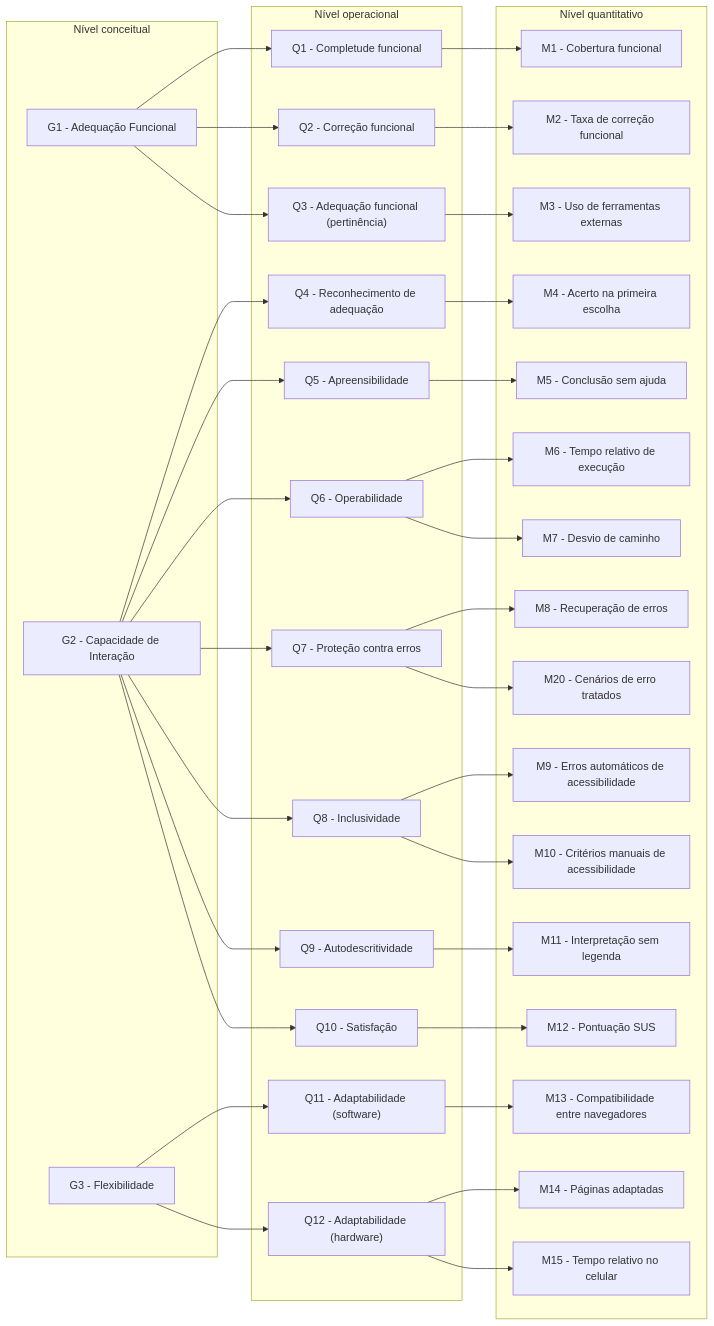
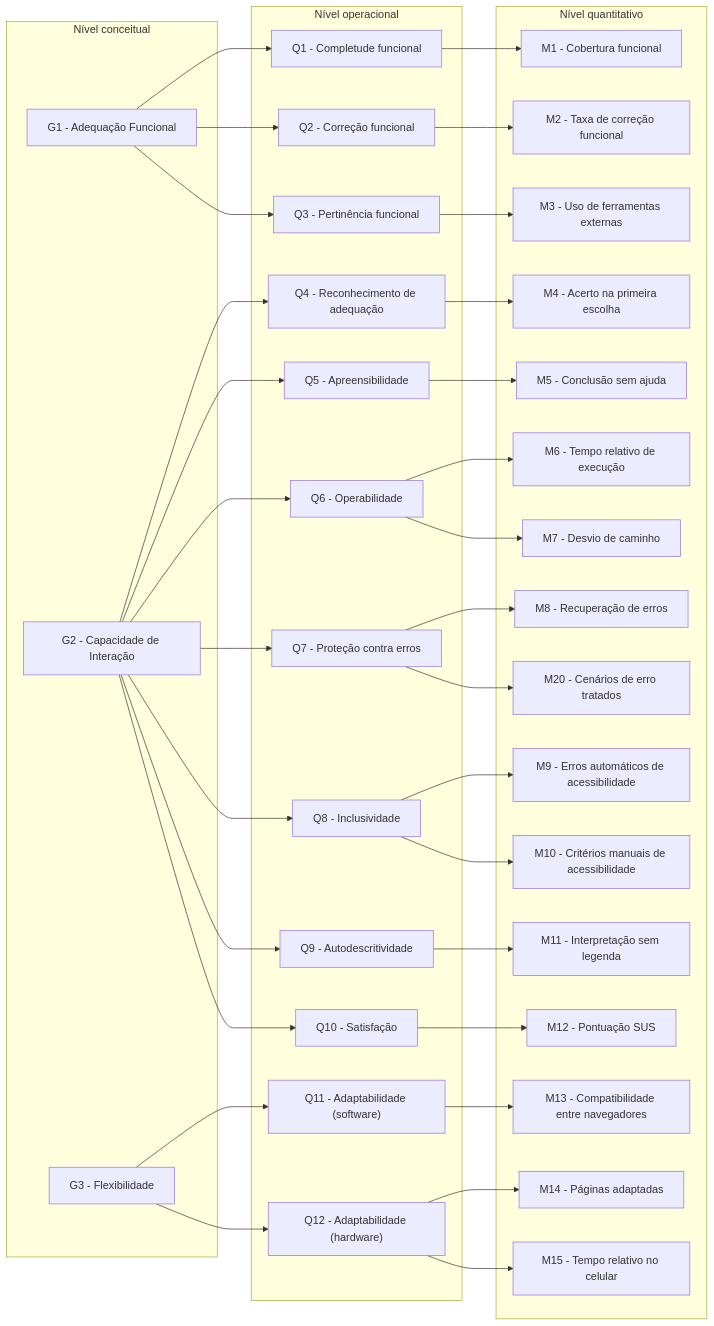
One commit to FCTE-Qualidade-de-Software-1/2026-2_T02_ADELE_GOLDSTINE changed the first of 4 diagrams in docs/fase-2/grafico-gqm.md. Above: the diagram before and after it, drawn with Mermaid. The commit also changed other lines of this file and 2 other files, not shown here.

Commit message:
[D09] Padroniza pertinência funcional em G1
Remove o "ou" do foco de G1 e usa "pertinência funcional" em objetivos, questões e gráfico.

````diff
--- a/docs/fase-2/grafico-gqm.md
+++ b/docs/fase-2/grafico-gqm.md
@@ -9,55 +9,55 @@
 ```mermaid
 flowchart LR
     subgraph C["Nível conceitual"]
         G1["G1 - Adequação Funcional"]
         G2["G2 - Capacidade de Interação"]
         G3["G3 - Flexibilidade"]
     end
     subgraph O["Nível operacional"]
         Q1["Q1 - Completude funcional"]
         Q2["Q2 - Correção funcional"]
-        Q3["Q3 - Adequação funcional (pertinência)"]
+        Q3["Q3 - Pertinência funcional"]
         Q4["Q4 - Reconhecimento de adequação"]
         Q5["Q5 - Apreensibilidade"]
         Q6["Q6 - Operabilidade"]
         Q7["Q7 - Proteção contra erros"]
         Q8["Q8 - Inclusividade"]
         Q9["Q9 - Autodescritividade"]
         Q10["Q10 - Satisfação"]
         Q11["Q11 - Adaptabilidade (software)"]
         Q12["Q12 - Adaptabilidade (hardware)"]
     end
     subgraph Qt["Nível quantitativo"]
         M1["M1 - Cobertura funcional"]
         M2["M2 - Taxa de correção funcional"]
         M3["M3 - Uso de ferramentas externas"]
         M4["M4 - Acerto na primeira escolha"]
         M5["M5 - Conclusão sem ajuda"]
         M6["M6 - Tempo relativo de execução"]
         M7["M7 - Desvio de caminho"]
         M8["M8 - Recuperação de erros"]
         M9["M9 - Erros automáticos de acessibilidade"]
         M10["M10 - Critérios manuais de acessibilidade"]
         M11["M11 - Interpretação sem legenda"]
         M12["M12 - Pontuação SUS"]
         M13["M13 - Compatibilidade entre navegadores"]
         M14["M14 - Páginas adaptadas"]
         M15["M15 - Tempo relativo no celular"]
         M20["M20 - Cenários de erro tratados"]
     end
     G1 --> Q1 & Q2 & Q3
     G2 --> Q4 & Q5 & Q6 & Q7 & Q8 & Q9 & Q10
     G3 --> Q11 & Q12
     Q1 --> M1
     Q2 --> M2
     Q3 --> M3
     Q4 --> M4
     Q5 --> M5
     Q6 --> M6 & M7
     Q7 --> M8 & M20
     Q8 --> M9 & M10
     Q9 --> M11
     Q10 --> M12
     Q11 --> M13
     Q12 --> M14 & M15
 ```
````
